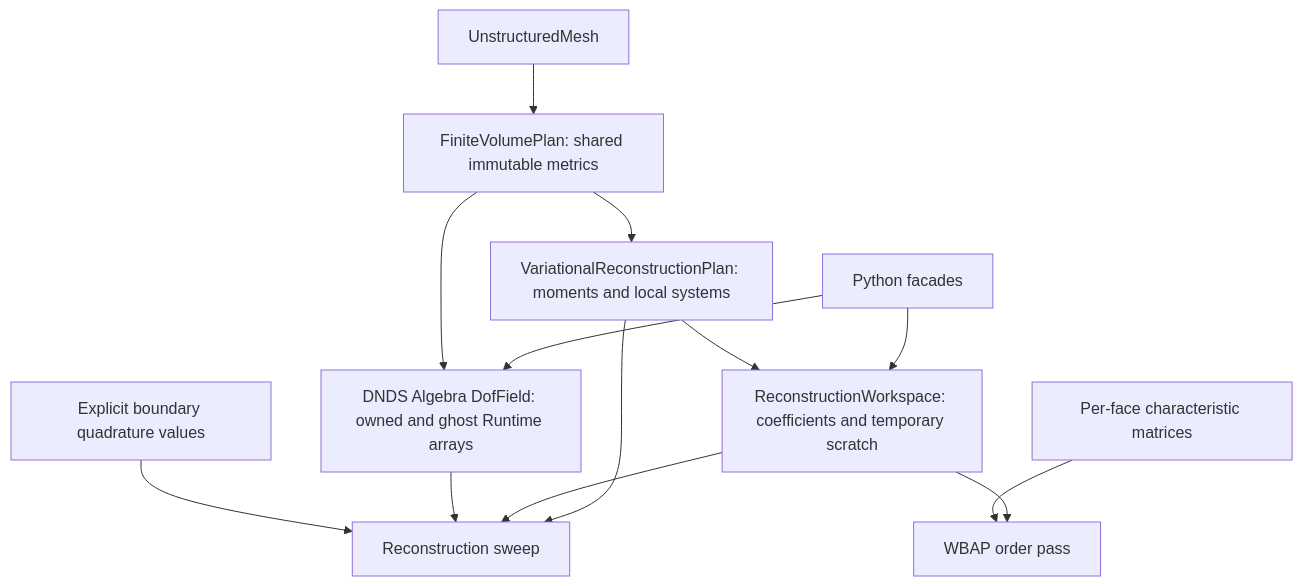
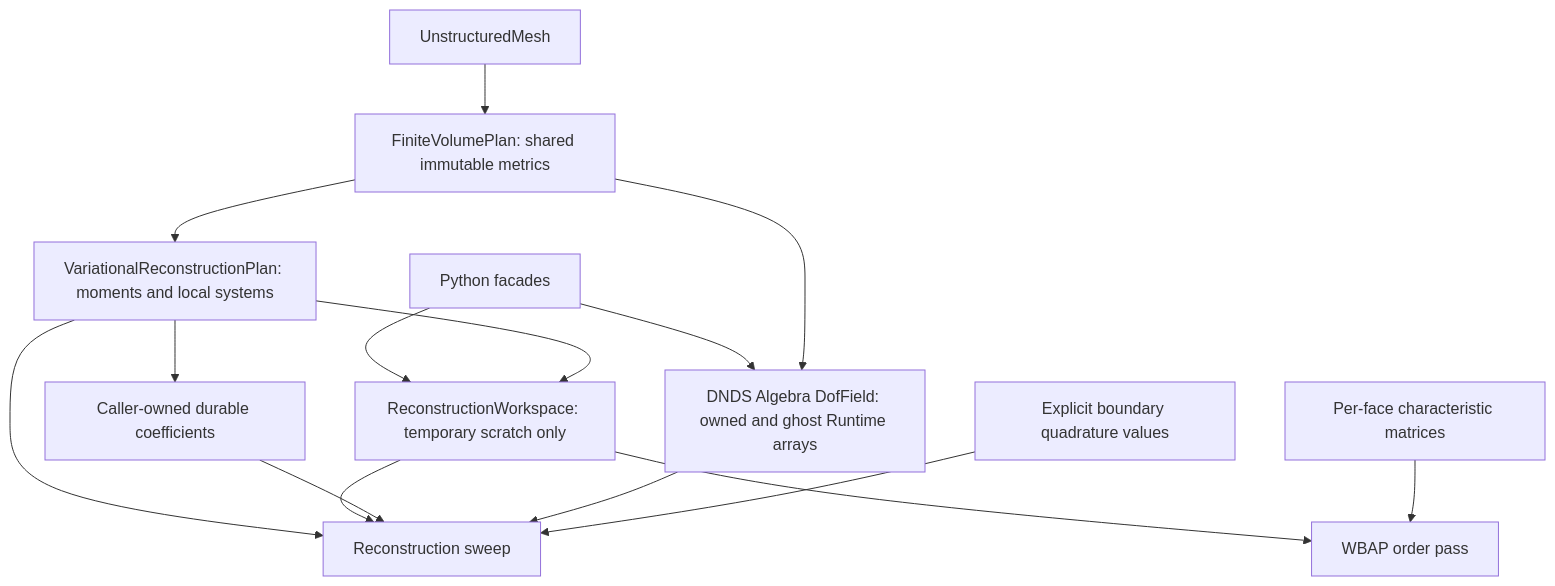
One commit to harryzhou2000/DNDSR changed the first of 2 diagrams in docs/architecture/FVFacility.md. Above: the diagram before and after it, drawn with Mermaid. The commit also changed other lines of this file and 90 other files, not shown here.

````diff
--- a/docs/architecture/FVFacility.md
+++ b/docs/architecture/FVFacility.md
@@ -13,15 +13,17 @@
 ```mermaid
 flowchart TD
     mesh[UnstructuredMesh] --> metric[FiniteVolumePlan: shared immutable metrics]
     metric --> plan[VariationalReconstructionPlan: moments and local systems]
     metric --> field[DNDS Algebra DofField: owned and ghost Runtime arrays]
-    plan --> workspace[ReconstructionWorkspace: coefficients and temporary scratch]
+    plan --> coefficients[Caller-owned durable coefficients]
+    plan --> workspace[ReconstructionWorkspace: temporary scratch only]
     boundary[Explicit boundary quadrature values] --> sweep[Reconstruction sweep]
     field --> sweep
+    coefficients --> sweep
     workspace --> sweep
     plan --> sweep
     transforms[Per-face characteristic matrices] --> limiter[WBAP order pass]
     workspace --> limiter
     python[Python facades] --> field
     python --> workspace
 ```
````
